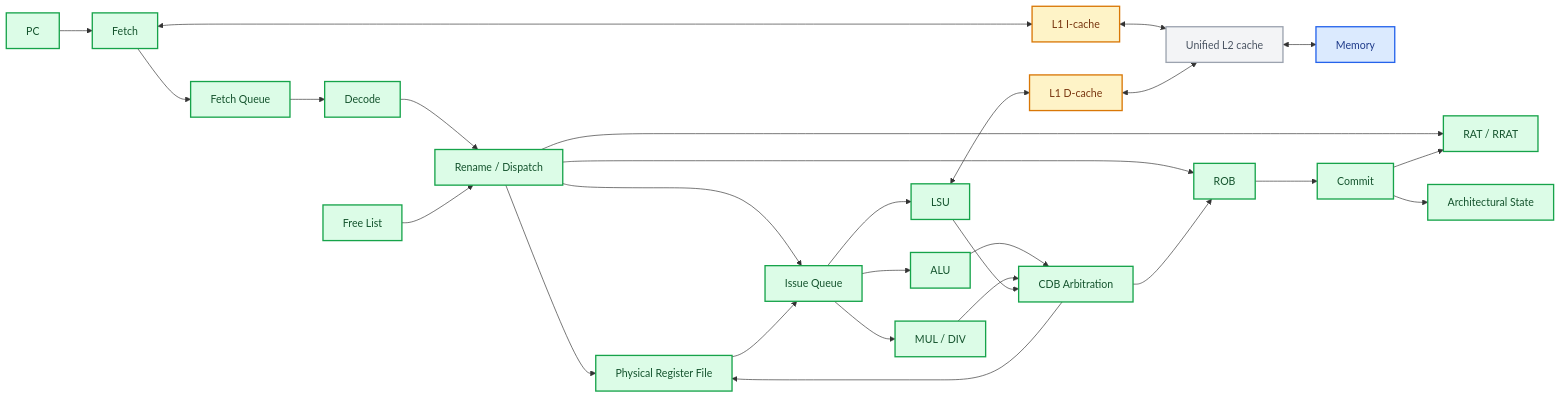
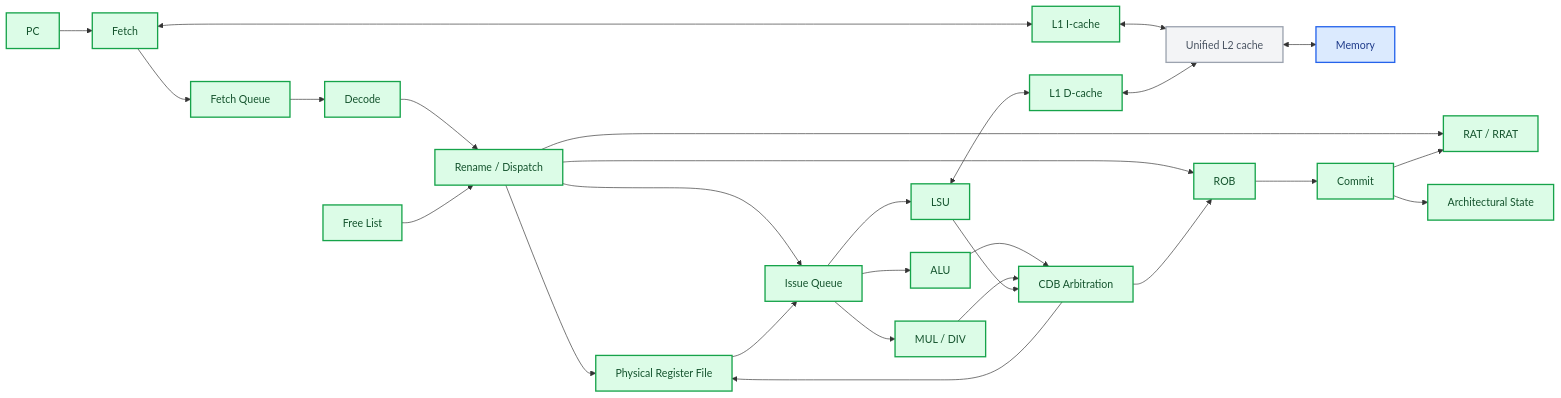
One commit to JustinYYZ/rv32im-research-core changed the first of 2 diagrams in README.md. Above: the diagram before and after it, drawn with Mermaid. The commit also changed other lines of this file and 5 other files, not shown here.

````diff
--- a/README.md
+++ b/README.md
@@ -46,37 +46,35 @@
 ```mermaid
 flowchart LR
     PC --> FETCH[Fetch]
     FETCH <--> L1I["L1 I-cache"]
     L1I <--> L2["Unified L2 cache"]
     L2 <--> MEM[Memory]
     FETCH --> FQ["Fetch Queue"]
     FQ --> DECODE[Decode]
     DECODE --> RENAME["Rename / Dispatch"]
     RENAME --> RAT["RAT / RRAT"]
     FL["Free List"] --> RENAME
     RENAME --> PRF["Physical Register File"]
     RENAME --> ROB[ROB]
     RENAME --> IQ["Issue Queue"]
     PRF --> IQ
     IQ --> ALU[ALU]
     IQ --> MULDIV["MUL / DIV"]
     IQ --> LSU[LSU]
     LSU <--> L1D["L1 D-cache"]
     L1D <--> L2
     ALU --> COMPLETE["CDB Arbitration"]
     MULDIV --> COMPLETE
     LSU --> COMPLETE
     COMPLETE --> PRF
     COMPLETE --> ROB
     ROB --> COMMIT[Commit]
     COMMIT --> RAT
     COMMIT --> ARF["Architectural State"]
     classDef implemented fill:#dcfce7,stroke:#16a34a,color:#14532d,stroke-width:2px
-    classDef partial fill:#fef3c7,stroke:#d97706,color:#78350f,stroke-width:2px
     classDef planned fill:#f3f4f6,stroke:#9ca3af,color:#4b5563,stroke-width:2px
     classDef external fill:#dbeafe,stroke:#2563eb,color:#1e3a8a,stroke-width:2px
-    class PC,FETCH,FQ,DECODE,ALU,MULDIV,LSU,COMMIT,ARF,ROB,PRF,RAT,FL,IQ,RENAME,COMPLETE implemented
-    class L1I,L1D partial
+    class PC,FETCH,FQ,DECODE,ALU,MULDIV,LSU,COMMIT,ARF,ROB,PRF,RAT,FL,IQ,RENAME,COMPLETE,L1I,L1D implemented
     class L2 planned
     class MEM external
 ```
````
